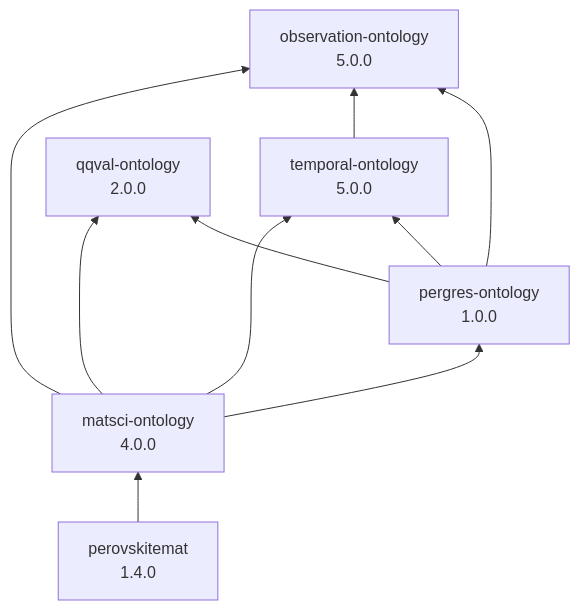
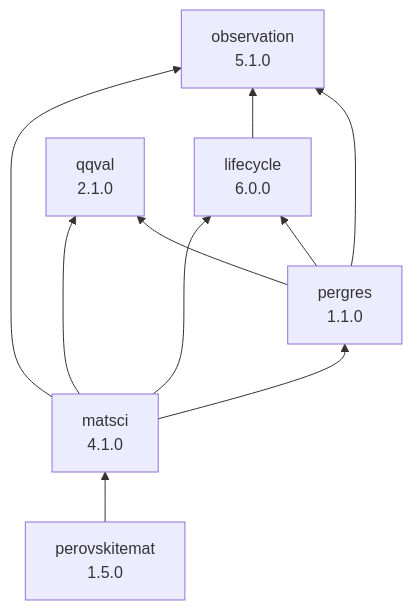
The diagram in README.md (NAS-Lund/matsci-perovskite-ontologies), drawn with Mermaid before and after one commit. The commit also changed other lines of this file and 13 other files, not shown here.

````diff
--- a/README.md
+++ b/README.md
@@ -14,19 +14,19 @@
 ```mermaid
 graph BT
-    perov["perovskitemat<br/>1.4.0"]
-    matsci["matsci-ontology<br/>4.0.0"]
-    pergres["pergres-ontology<br/>1.0.0"]
-    tempo["temporal-ontology<br/>5.0.0"]
-    obs["observation-ontology<br/>5.0.0"]
-    qqval["qqval-ontology<br/>2.0.0"]
+    perov["perovskitemat<br/>1.5.0"]
+    matsci["matsci<br/>4.1.0"]
+    pergres["pergres<br/>1.1.0"]
+    life["lifecycle<br/>6.0.0"]
+    obs["observation<br/>5.1.0"]
+    qqval["qqval<br/>2.1.0"]
 
     perov --> matsci
-    matsci --> tempo
+    matsci --> life
     matsci --> obs
     matsci --> qqval
     matsci --> pergres
-    tempo --> obs
+    life --> obs
     pergres --> qqval
     pergres --> obs
-    pergres --> tempo
+    pergres --> life
 ```
````
